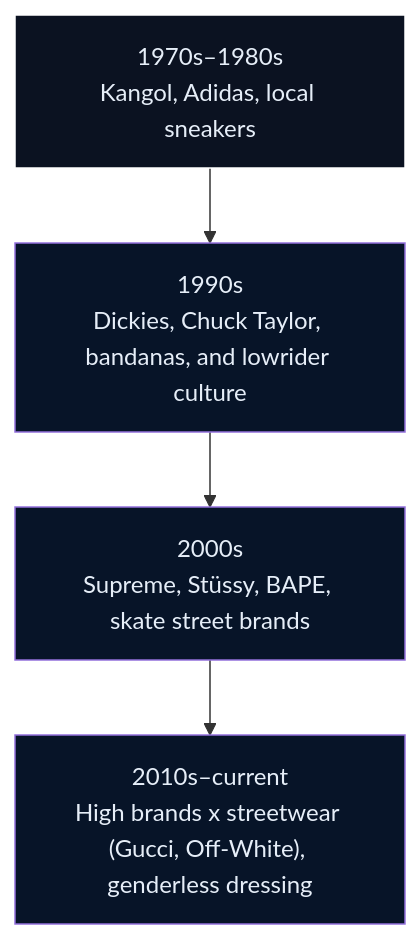
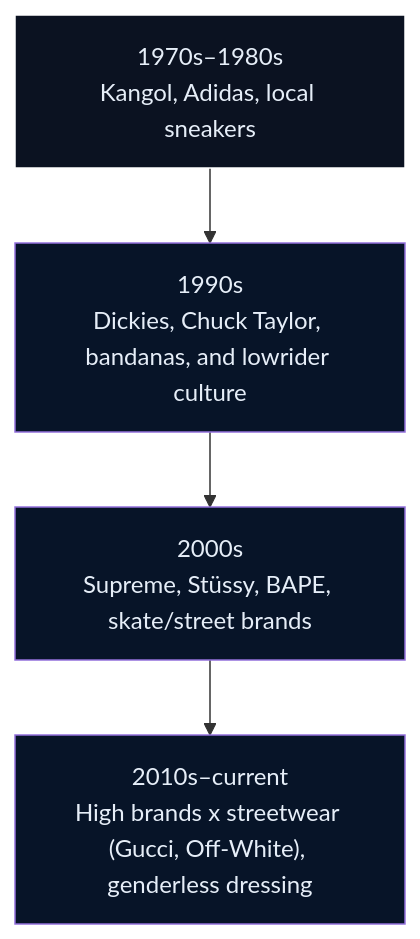
One commit to monumental-movement/monumental-movement.github.io changed the diagram in en/_posts/2025-09-20-Column-Westcoast-Hiphop-History.md. Above: the diagram before and after it, drawn with Mermaid. The commit also changed other lines of this file and 443 other files, not shown here.

```diff
--- a/en/_posts/2025-09-20-Column-Westcoast-Hiphop-History.md
+++ b/en/_posts/2025-09-20-Column-Westcoast-Hiphop-History.md
@@ -162,10 +162,10 @@
 <div class="mermaid">
 flowchart TD
   style A fill:#0b1221,stroke:#ffffff,stroke-width:1px
   A["1970s–1980s\nKangol, Adidas, local sneakers"] --> B["1990s\nDickies, Chuck Taylor, bandanas, and lowrider culture"]
-  B --> C["2000s\nSupreme, Stüssy, BAPE, skate street brands"]
+  B --> C["2000s\nSupreme, Stüssy, BAPE, skate/street brands"]
   C --> D["2010s–current\nHigh brands x streetwear (Gucci, Off-White), genderless dressing"]
 
   classDef decades fill:#071428,color:#e6eef8
   class A,B,C,D decades
 </div>
```
